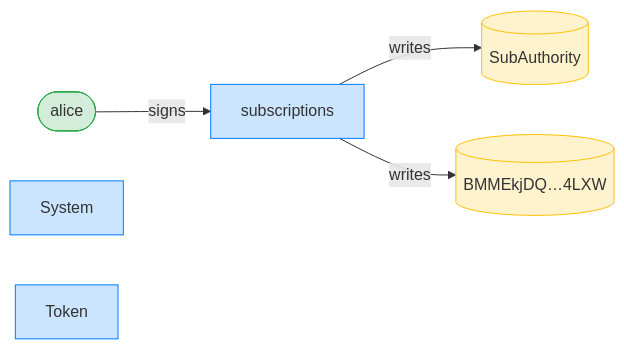
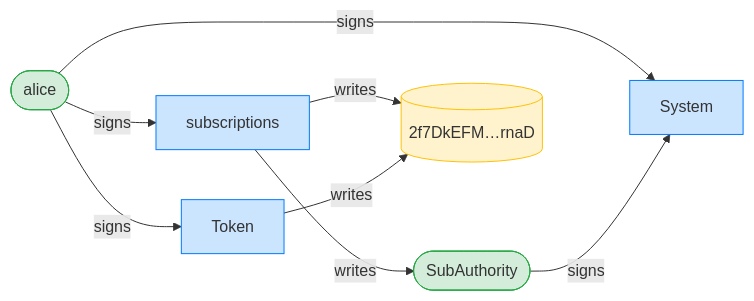
The third of 24 diagrams in dsl_tests/closing-the-authority-blocks-all-delegations.md (cds-rs/subscriptions), drawn with Mermaid before and after one commit. The commit also changed other lines of this file and 224 other files, not shown here.

````diff
--- a/dsl_tests/closing-the-authority-blocks-all-delegations.md
+++ b/dsl_tests/closing-the-authority-blocks-all-delegations.md
@@ -55,15 +56,19 @@
 ```mermaid
 flowchart LR
     classDef signer fill:#d4edda,stroke:#28a745;
     classDef program fill:#cce5ff,stroke:#007bff;
     classDef writable fill:#fff3cd,stroke:#ffc107;
     subscriptions[subscriptions]:::program
     alice([alice]):::signer
-    SubAuthority[(SubAuthority)]:::writable
-    BMMEkjDQ_4LXW[("BMMEkjDQ…4LXW")]:::writable
+    SubAuthority([SubAuthority]):::signer
+    2f7DkEFM_rnaD[("2f7DkEFM…rnaD")]:::writable
     System[System]:::program
     Token[Token]:::program
     alice -->|signs| subscriptions
+    alice -->|signs| System
+    SubAuthority -->|signs| System
+    alice -->|signs| Token
     subscriptions -->|writes| SubAuthority
-    subscriptions -->|writes| BMMEkjDQ_4LXW
+    subscriptions -->|writes| 2f7DkEFM_rnaD
+    Token -->|writes| 2f7DkEFM_rnaD
 ```
````
